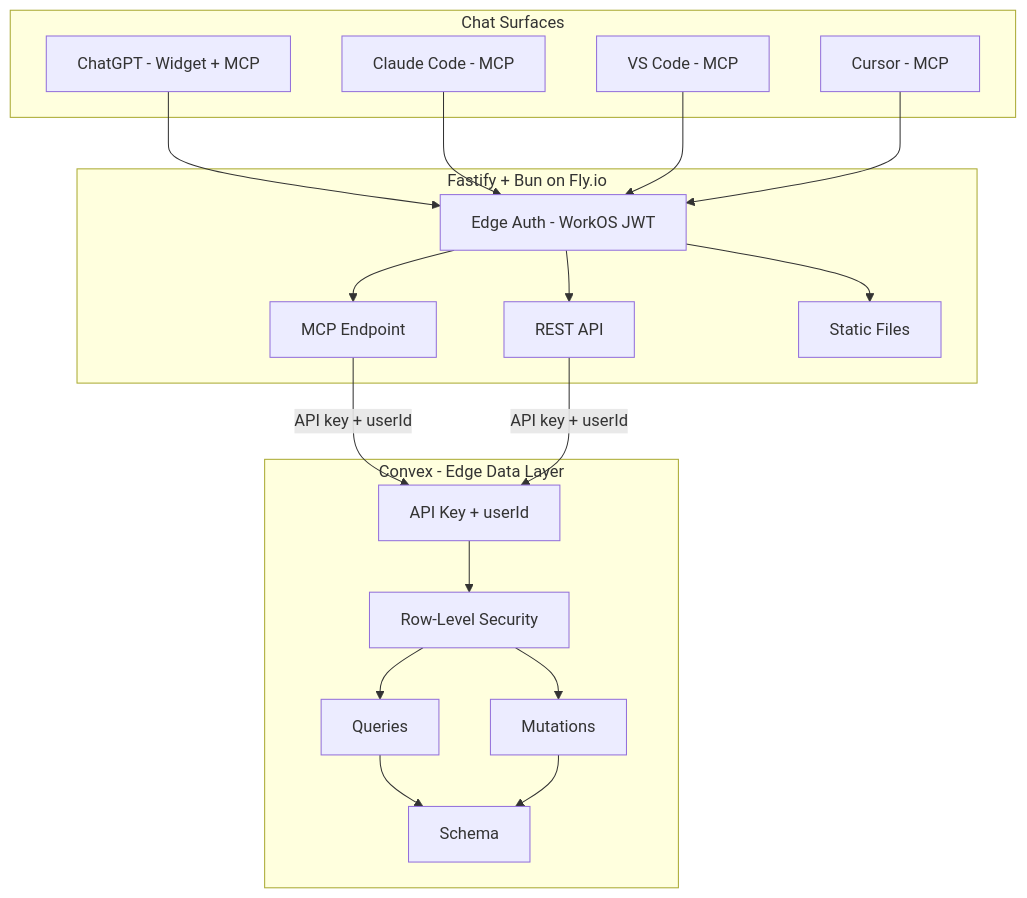
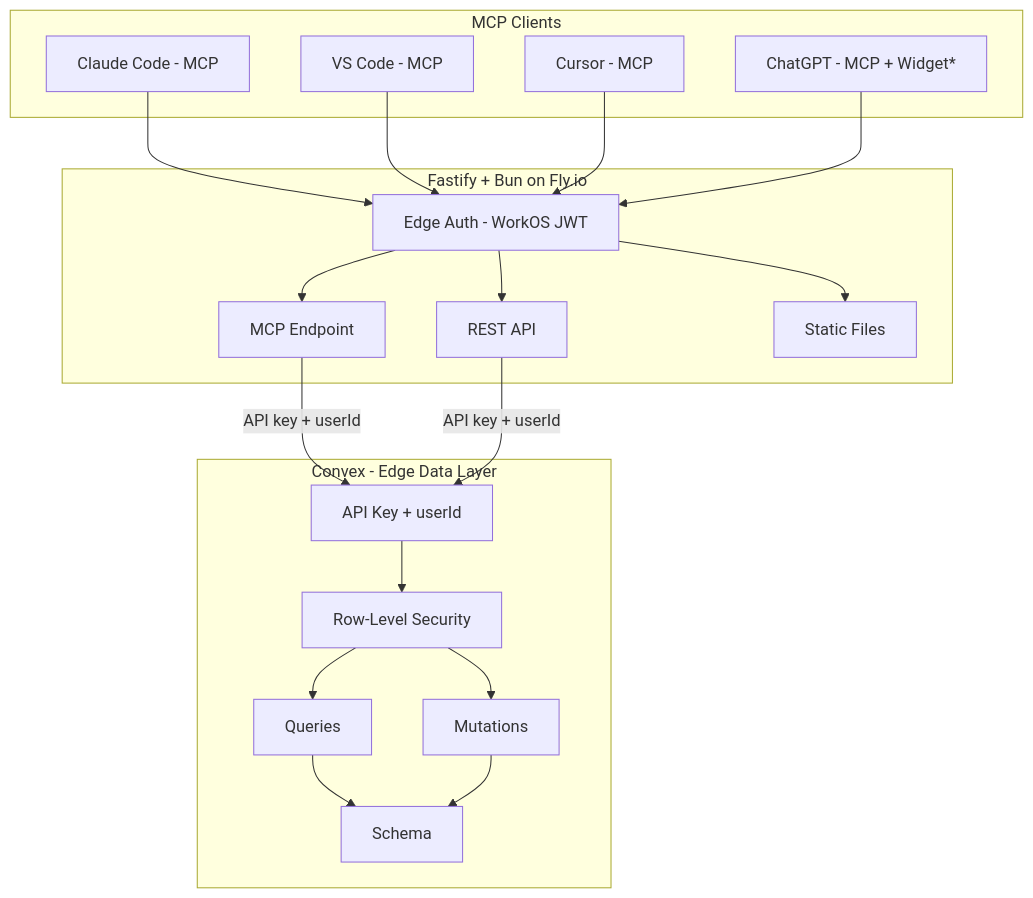
One commit to liminal-ai/liminaldb changed the first of 6 diagrams in docs/architecture.md. Above: the diagram before and after it, drawn with Mermaid. The commit also changed other lines of this file and 26 other files, not shown here.

````diff
--- a/docs/architecture.md
+++ b/docs/architecture.md
@@ -109,42 +114,42 @@
 ```mermaid
 flowchart TB
-    subgraph Surfaces[Chat Surfaces]
-        ChatGPT[ChatGPT - Widget + MCP]
+    subgraph Surfaces[MCP Clients]
         Claude[Claude Code - MCP]
         VSCode[VS Code - MCP]
         Cursor[Cursor - MCP]
+        ChatGPT[ChatGPT - MCP + Widget*]
     end
 
     subgraph API[Fastify + Bun on Fly.io]
         Auth[Edge Auth - WorkOS JWT]
         MCPEndpoint[MCP Endpoint]
         RESTApi[REST API]
         StaticFiles[Static Files]
     end
 
     subgraph Data[Convex - Edge Data Layer]
         APIKeyAuth[API Key + userId]
         RLS[Row-Level Security]
         Queries[Queries]
         Mutations[Mutations]
         Schema[Schema]
     end
 
-    ChatGPT --> Auth
     Claude --> Auth
     VSCode --> Auth
     Cursor --> Auth
+    ChatGPT --> Auth
 
     Auth --> MCPEndpoint
     Auth --> RESTApi
     Auth --> StaticFiles
 
     MCPEndpoint -->|API key + userId| APIKeyAuth
     RESTApi -->|API key + userId| APIKeyAuth
 
     APIKeyAuth --> RLS
     RLS --> Queries
     RLS --> Mutations
     Queries --> Schema
     Mutations --> Schema
 ```
````
